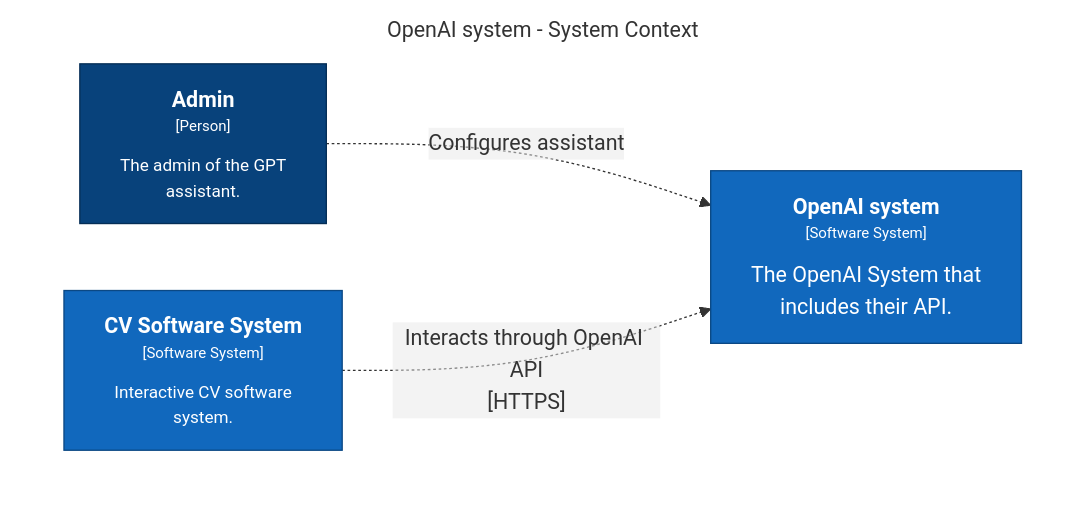
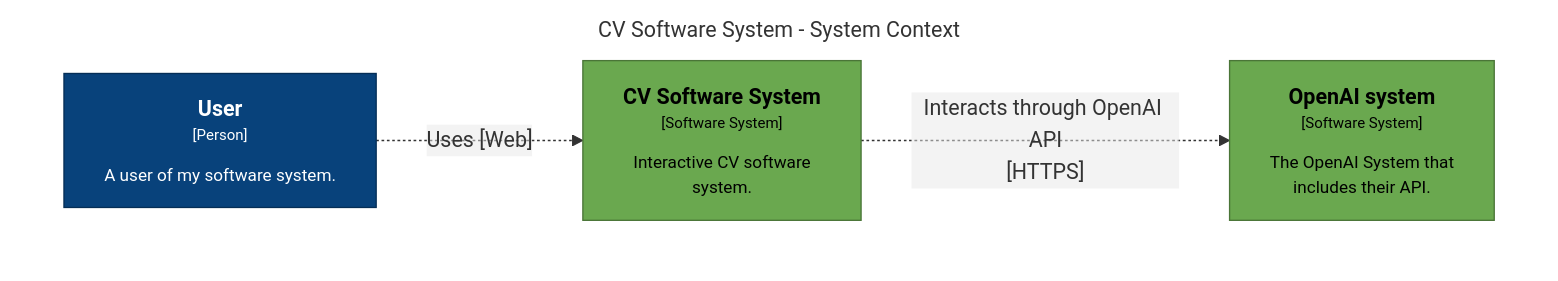
Before and after one commit to alexknips/nextjs-cv: the first of 3 diagrams in README.md, drawn with Mermaid. The commit also changed other lines of this file, not shown here.

Commit message:
new styling

````diff
--- a/README.md
+++ b/README.md
@@ -17,18 +16,18 @@
 ```mermaid
 graph TB
   linkStyle default fill:#ffffff
 
-  subgraph diagram ["OpenAI system - System Context"]
+  subgraph diagram ["CV Software System - System Context"]
     style diagram fill:#ffffff,stroke:#ffffff
 
-    1["<div style='font-weight: bold'>Admin</div><div style='font-size: 70%; margin-top: 0px'>[Person]</div><div style='font-size: 80%; margin-top:10px'>The admin of the GPT<br />assistant.</div>"]
-    style 1 fill:#08427b,stroke:#052e56,color:#ffffff
-    3["<div style='font-weight: bold'>OpenAI system</div><div style='font-size: 70%; margin-top: 0px'>[Software System]</div><div style='font-size: 100%; margin-top:10px'>The OpenAI System that<br />includes their API.</div>"]
-    style 3 fill:#1168bd,stroke:#0b4884,color:#ffffff
+    2["<div style='font-weight: bold'>User</div><div style='font-size: 70%; margin-top: 0px'>[Person]</div><div style='font-size: 80%; margin-top:10px'>A user of my software system.</div>"]
+    style 2 fill:#08427b,stroke:#052e56,color:#ffffff
+    3["<div style='font-weight: bold'>OpenAI system</div><div style='font-size: 70%; margin-top: 0px'>[Software System]</div><div style='font-size: 80%; margin-top:10px'>The OpenAI System that<br />includes their API.</div>"]
+    style 3 fill:#6aa84f,stroke:#4a7537,color:#000000
     4["<div style='font-weight: bold'>CV Software System</div><div style='font-size: 70%; margin-top: 0px'>[Software System]</div><div style='font-size: 80%; margin-top:10px'>Interactive CV software<br />system.</div>"]
-    style 4 fill:#1168bd,stroke:#0b4884,color:#ffffff
+    style 4 fill:#6aa84f,stroke:#4a7537,color:#000000
 
-    1-. "<div>Configures assistant</div><div style='font-size: 70%'></div>" .->3
-    4-. "<div>Interacts through OpenAI API<br />[HTTPS]</div><div style='font-size: 100%'></div>" .->3
+    2-. "<div>Uses [Web]</div><div style='font-size: 70%'></div>" .->4
+    4-. "<div>Interacts through OpenAI API<br />[HTTPS]</div><div style='font-size: 70%'></div>" .->3
   end
 ```
````
